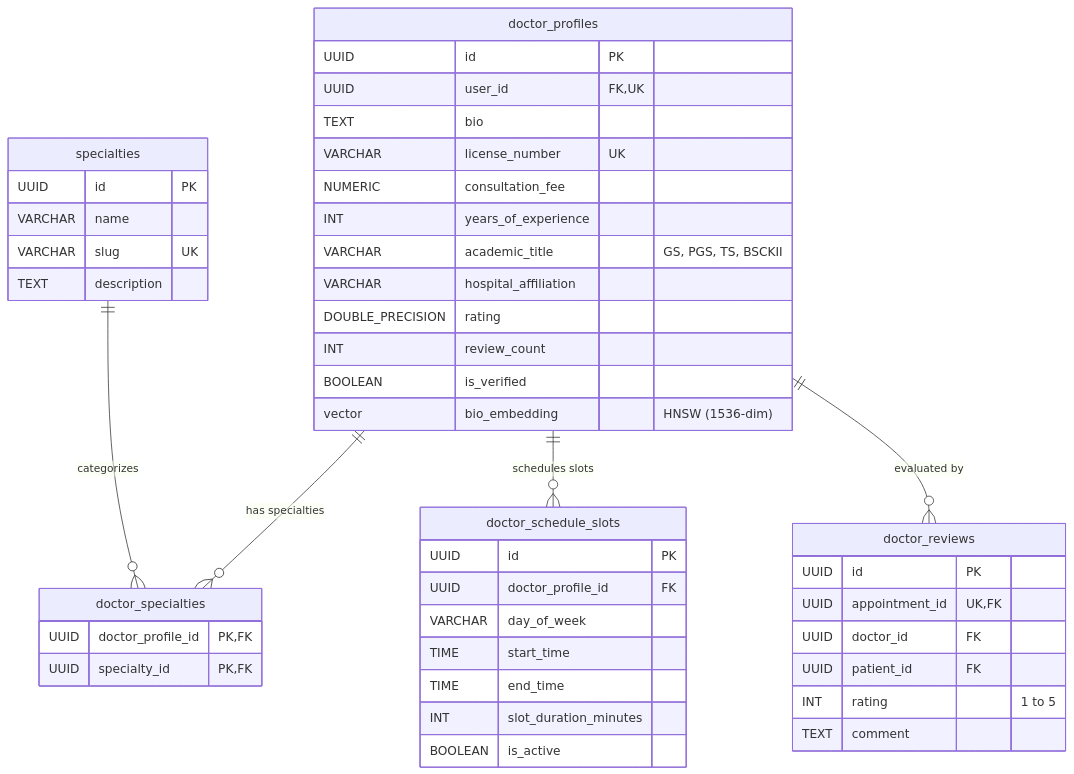
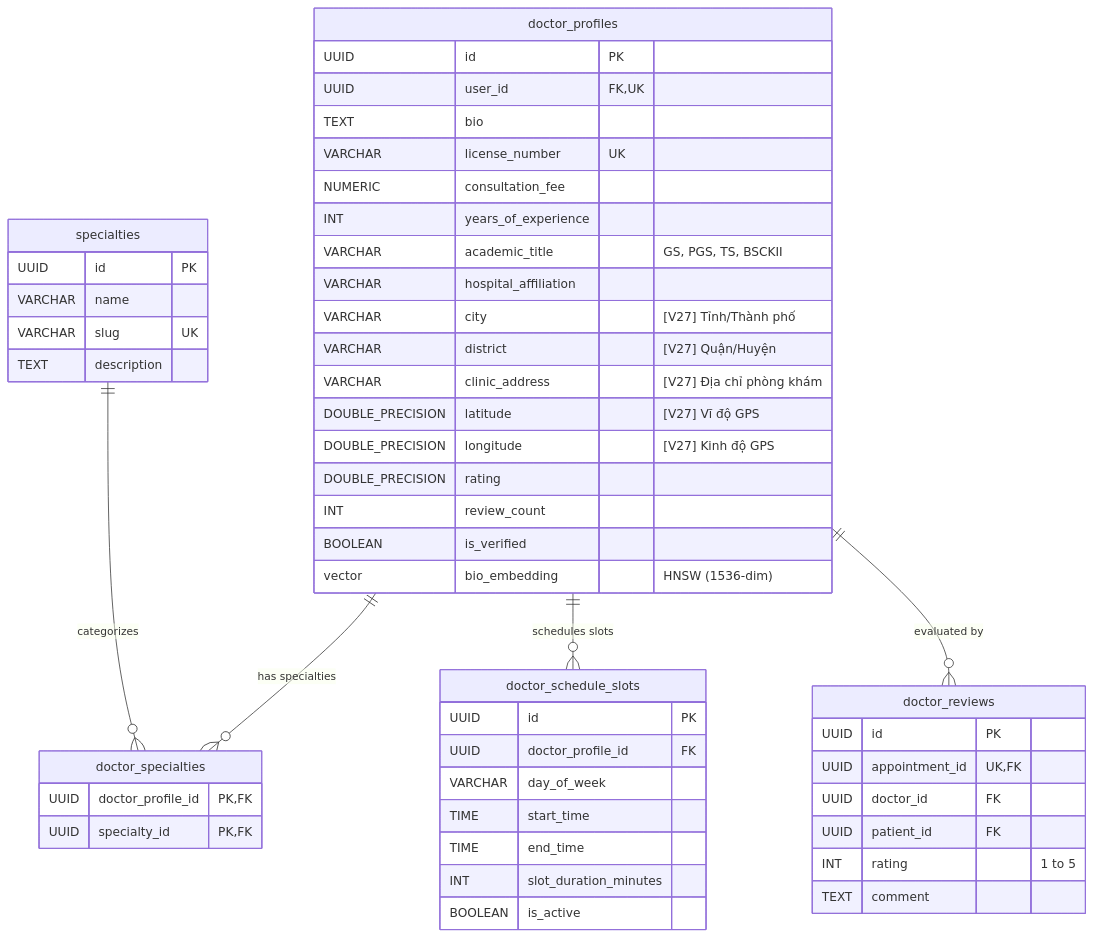
One commit to vinhhotff/KLTN-medical-assistant changed the third of 5 diagrams in docs/DATABASE_DESIGN.md. Above: the diagram before and after it, drawn with Mermaid. The commit also changed other lines of this file and 12 other files, not shown here.

````diff
--- a/docs/DATABASE_DESIGN.md
+++ b/docs/DATABASE_DESIGN.md
@@ -119,49 +119,54 @@
 ```mermaid
 erDiagram
     doctor_profiles ||--o{ doctor_specialties : "has specialties"
     specialties ||--o{ doctor_specialties : "categorizes"
     doctor_profiles ||--o{ doctor_schedule_slots : "schedules slots"
     doctor_profiles ||--o{ doctor_reviews : "evaluated by"
 
     doctor_profiles {
         UUID id PK
         UUID user_id FK, UK
         TEXT bio
         VARCHAR license_number UK
         NUMERIC consultation_fee
         INT years_of_experience
         VARCHAR academic_title "GS, PGS, TS, BSCKII"
         VARCHAR hospital_affiliation
+        VARCHAR city "[V27] Tỉnh/Thành phố"
+        VARCHAR district "[V27] Quận/Huyện"
+        VARCHAR clinic_address "[V27] Địa chỉ phòng khám"
+        DOUBLE_PRECISION latitude "[V27] Vĩ độ GPS"
+        DOUBLE_PRECISION longitude "[V27] Kinh độ GPS"
         DOUBLE_PRECISION rating
         INT review_count
         BOOLEAN is_verified
         vector bio_embedding "HNSW (1536-dim)"
     }
     specialties {
         UUID id PK
         VARCHAR name
         VARCHAR slug UK
         TEXT description
     }
     doctor_specialties {
         UUID doctor_profile_id PK, FK
         UUID specialty_id PK, FK
     }
     doctor_schedule_slots {
         UUID id PK
         UUID doctor_profile_id FK
         VARCHAR day_of_week
         TIME start_time
         TIME end_time
         INT slot_duration_minutes
         BOOLEAN is_active
     }
     doctor_reviews {
         UUID id PK
         UUID appointment_id UK, FK
         UUID doctor_id FK
         UUID patient_id FK
         INT rating "1 to 5"
         TEXT comment
     }
 ```
````
